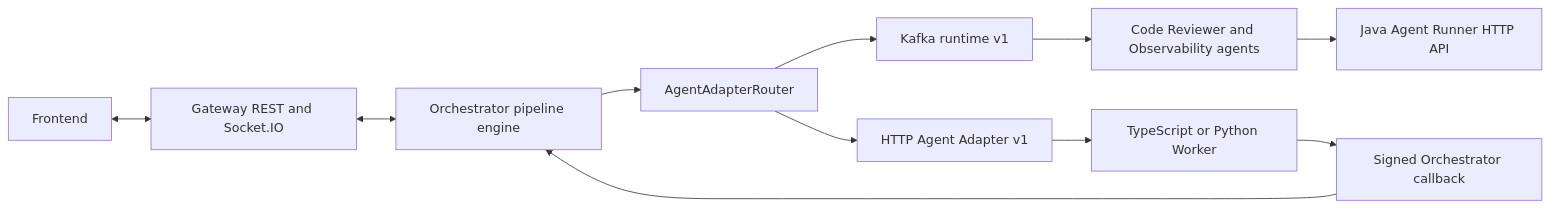
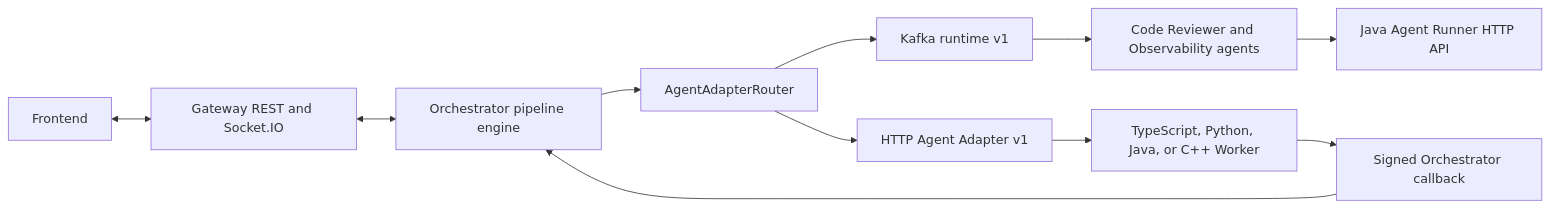
The diagram in docs/architecture/overview.md (longhang2004/Tenvyr), drawn with Mermaid before and after one commit. The commit also changed other lines of this file and 52 other files, not shown here.

First line of the commit message:
feat: add Java and C++ HTTP workers with mock protocol tests

````diff
--- a/docs/architecture/overview.md
+++ b/docs/architecture/overview.md
@@ -27,13 +29,13 @@
 ```mermaid
 flowchart LR
     UI["Frontend"] <--> GW["Gateway REST and Socket.IO"]
     GW <--> ORCH["Orchestrator pipeline engine"]
     ORCH --> ROUTER["AgentAdapterRouter"]
     ROUTER --> KAFKA["Kafka runtime v1"]
     KAFKA --> AGENTS["Code Reviewer and Observability agents"]
     AGENTS --> RUNNER["Java Agent Runner HTTP API"]
     ROUTER --> HTTP["HTTP Agent Adapter v1"]
-    HTTP --> WORKERS["TypeScript or Python Worker"]
+    HTTP --> WORKERS["TypeScript, Python, Java, or C++ Worker"]
     WORKERS --> CALLBACK["Signed Orchestrator callback"]
     CALLBACK --> ORCH
 ```
````
